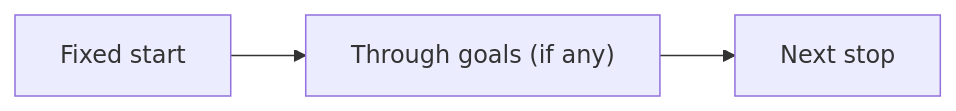
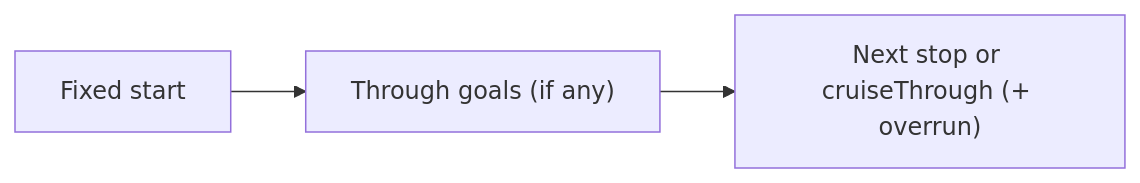
Before and after one commit to team581/offseason-2026: the second of 2 diagrams in shared/src/main/java/com/team581/trailblazer2/planning/01-path-geometry-and-kinematics.md, drawn with Mermaid. The commit also changed other lines of this file and 8 other files, not shown here.

````diff
--- a/shared/src/main/java/com/team581/trailblazer2/planning/01-path-geometry-and-kinematics.md
+++ b/shared/src/main/java/com/team581/trailblazer2/planning/01-path-geometry-and-kinematics.md
@@ -145,4 +146,4 @@
 ```mermaid
 flowchart LR
-    Start["Fixed start"] --> A["Through goals (if any)"] --> Stop["Next stop"]
+    Start["Fixed start"] --> A["Through goals (if any)"] --> Terminal["Next stop or cruiseThrough (+ overrun)"]
 ```
````
